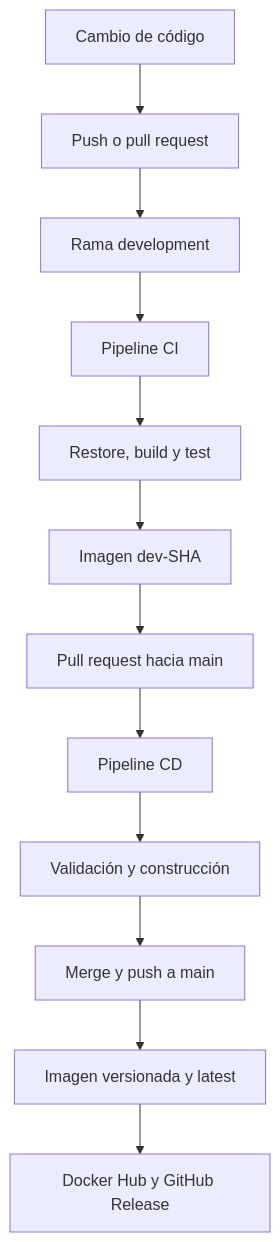
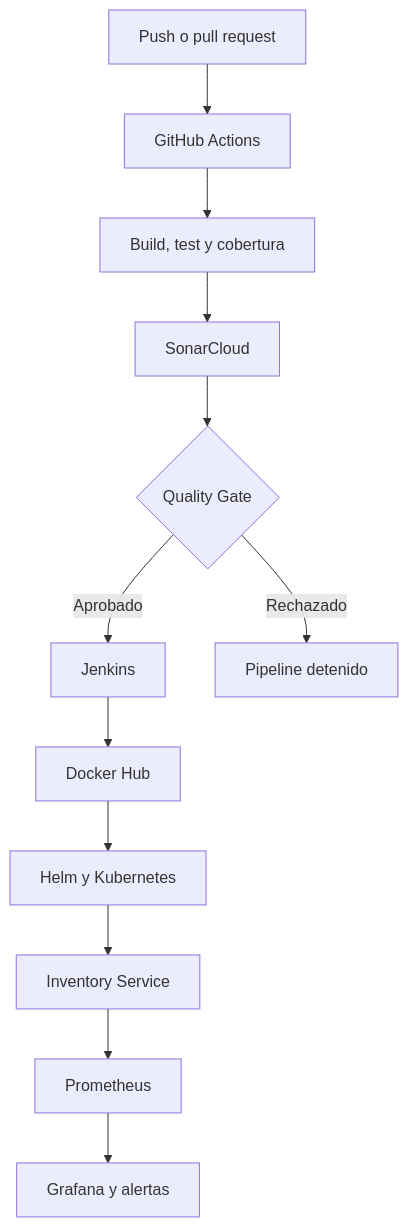
Before and after one commit to sergioandresco/Final-Project-Software-Architecture: the diagram in readme.md, drawn with Mermaid. The commit also changed other lines of this file, not shown here.

````diff
--- a/readme.md
+++ b/readme.md
@@ -138,14 +37,14 @@
 ```mermaid
 flowchart TD
-    A["Cambio de código"] --> B["Push o pull request"]
-    B --> C["Rama development"]
-    C --> D["Pipeline CI"]
-    D --> E["Restore, build y test"]
-    E --> F["Imagen dev-SHA"]
-    F --> G["Pull request hacia main"]
-    G --> H["Pipeline CD"]
-    H --> I["Validación y construcción"]
-    I --> J["Merge y push a main"]
-    J --> K["Imagen versionada y latest"]
-    K --> L["Docker Hub y GitHub Release"]
+    A["Push o pull request"] --> B["GitHub Actions"]
+    B --> C["Build, test y cobertura"]
+    C --> D["SonarCloud"]
+    D --> E{"Quality Gate"}
+    E -->|Aprobado| F["Jenkins"]
+    E -->|Rechazado| G["Pipeline detenido"]
+    F --> H["Docker Hub"]
+    H --> I["Helm y Kubernetes"]
+    I --> J["Inventory Service"]
+    J --> K["Prometheus"]
+    K --> L["Grafana y alertas"]
 ```
````
